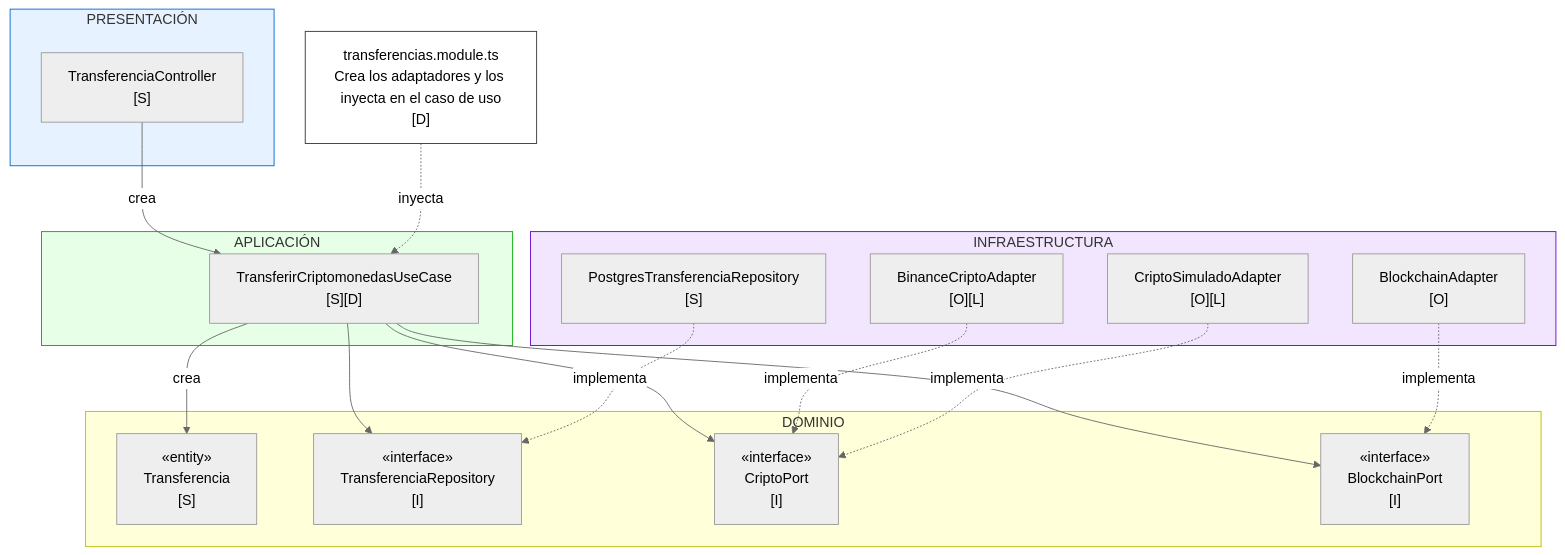
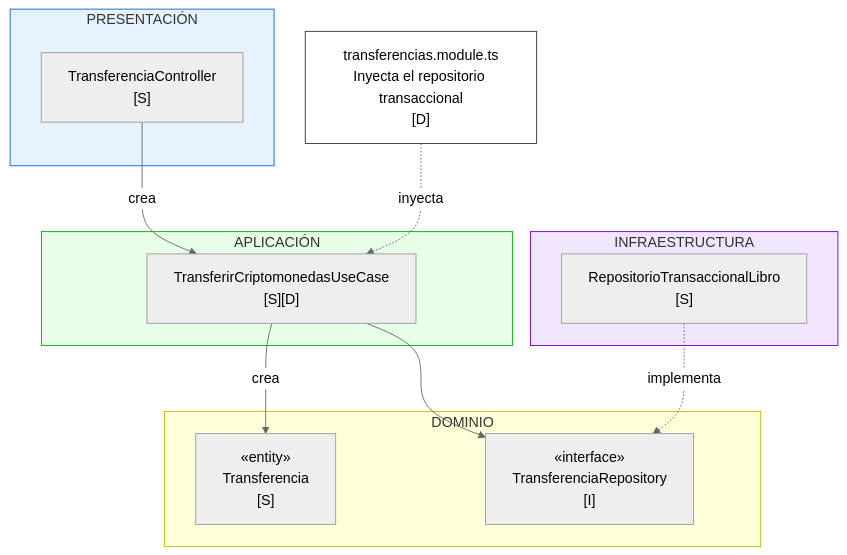
Before and after one commit to B3L70N/Flexcoin-arquitSoft-02-Jordy-Huaman: the diagram in docs/03-diseño-de-software/diseño-interno/principios-de-diseño.md, drawn with Mermaid (neutral theme). The commit also changed other lines of this file and 20 other files, not shown here.

````diff
--- a/docs/03-diseño-de-software/diseño-interno/principios-de-diseño.md
+++ b/docs/03-diseño-de-software/diseño-interno/principios-de-diseño.md
@@ -15,45 +15,35 @@
 ```mermaid
 flowchart TB
     subgraph Pres ["PRESENTACIÓN"]
         TC["TransferenciaController<br/>[S]"]
     end
 
     subgraph App ["APLICACIÓN"]
         UC["TransferirCriptomonedasUseCase<br/>[S][D]"]
     end
 
     subgraph Dom ["DOMINIO"]
         Ent["«entity»<br/>Transferencia<br/>[S]"]
         IRep["«interface»<br/>TransferenciaRepository<br/>[I]"]
-        ICrip["«interface»<br/>CriptoPort<br/>[I]"]
-        IBlock["«interface»<br/>BlockchainPort<br/>[I]"]
     end
 
     subgraph Inf ["INFRAESTRUCTURA"]
-        RepPg["PostgresTransferenciaRepository<br/>[S]"]
-        AdBinance["BinanceCriptoAdapter<br/>[O][L]"]
-        AdSim["CriptoSimuladoAdapter<br/>[O][L]"]
-        AdBlock["BlockchainAdapter<br/>[O]"]
+        RepTx["RepositorioTransaccionalLibro<br/>[S]"]
     end
 
-    Comp["transferencias.module.ts<br/>Crea los adaptadores y los inyecta en el caso de uso<br/>[D]"]
+    Comp["transferencias.module.ts<br/>Inyecta el repositorio transaccional<br/>[D]"]
 
     TC -->|"crea"| UC
     UC -->|"crea"| Ent
     UC --> IRep
-    UC --> ICrip
-    UC --> IBlock
 
-    RepPg -.->|"implementa"| IRep
-    AdBinance -.->|"implementa"| ICrip
-    AdSim -.->|"implementa"| ICrip
-    AdBlock -.->|"implementa"| IBlock
+    RepTx -.->|"implementa"| IRep
 
     Comp -.->|"inyecta"| UC
 
     style Pres fill:#e6f2ff,stroke:#0066cc
     style App fill:#e6ffe6,stroke:#00aa00
     style Dom fill:#ffffd9,stroke:#bbbb00
     style Inf fill:#f2e6ff,stroke:#6600cc
     style Comp fill:#ffffff,stroke:#333
 ```
````
